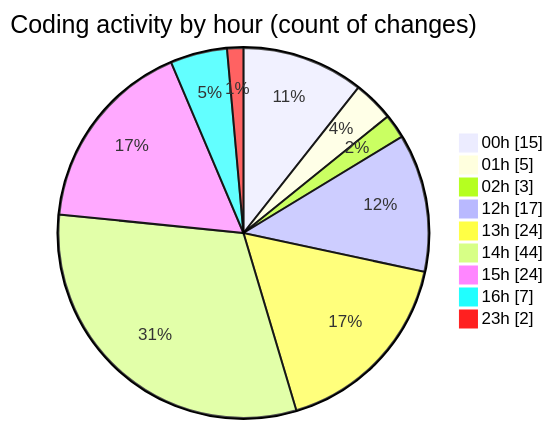
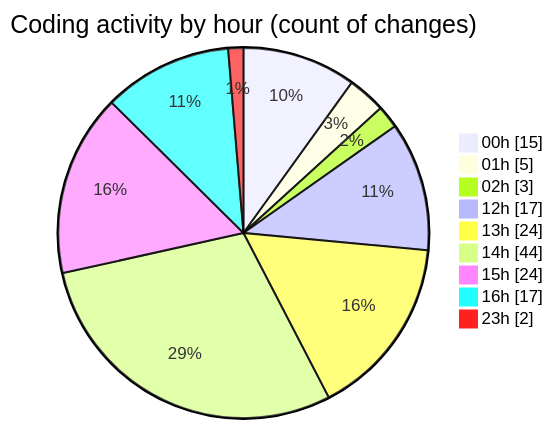
One commit to lephambinh05/code-tracking changed the second of 2 diagrams in 2025-08-13/rentotp/README.md. Above: the diagram before and after it, drawn with Mermaid. The commit also changed other lines of this file and 1 other file, not shown here.

````diff
--- a/2025-08-13/rentotp/README.md
+++ b/2025-08-13/rentotp/README.md
@@ -53,13 +53,13 @@
 ```mermaid
 pie showData
 title Coding activity by hour (count of changes)
 "00h" : 15
 "01h" : 5
 "02h" : 3
 "12h" : 17
 "13h" : 24
 "14h" : 44
 "15h" : 24
-"16h" : 7
+"16h" : 17
 "23h" : 2
 ```
````
